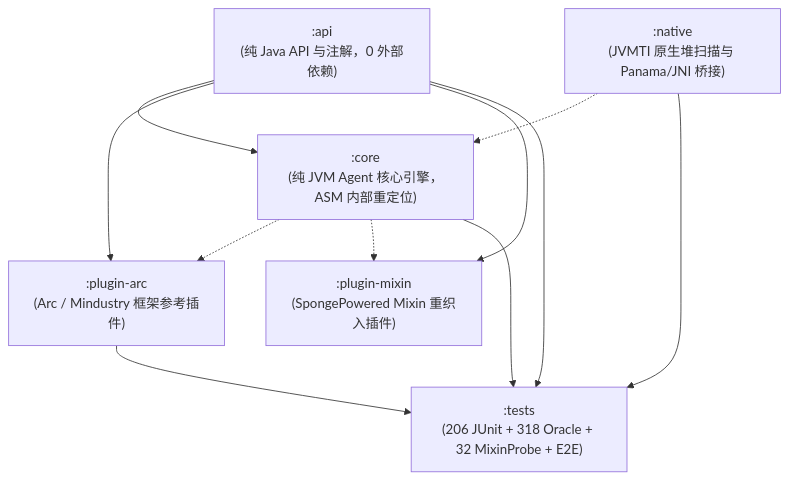
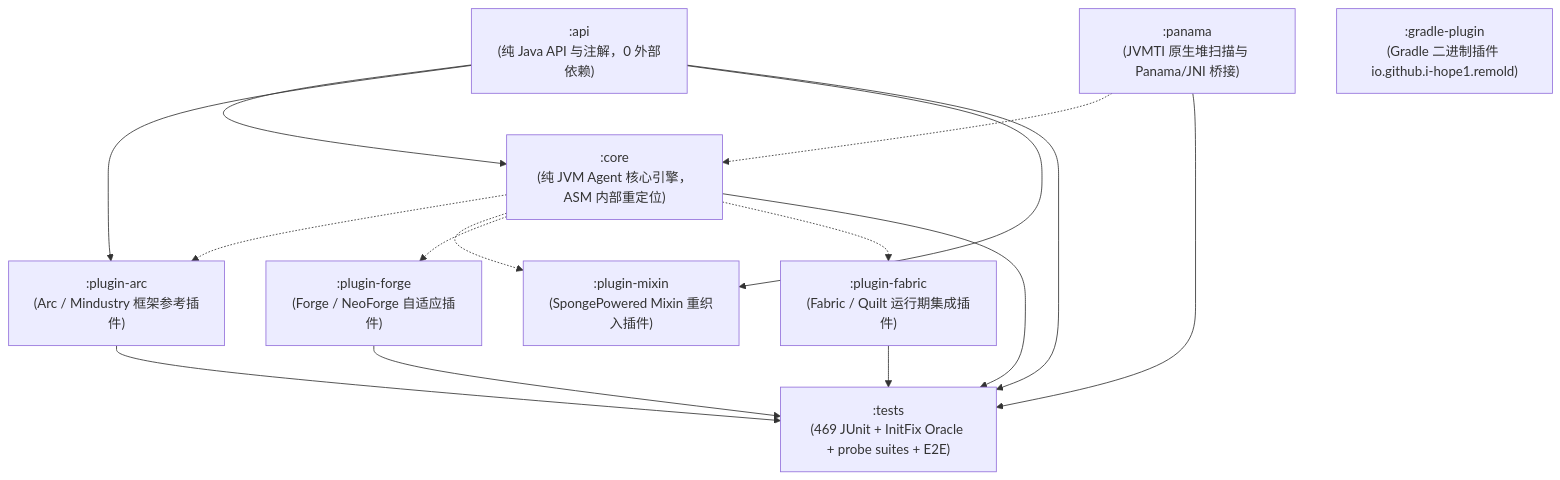
One commit to I-hope1/Remold changed the diagram in README.md. Above: the diagram before and after it, drawn with Mermaid. The commit also changed other lines of this file and 7 other files, not shown here.

````diff
--- a/README.md
+++ b/README.md
@@ -435,20 +435,27 @@
 ```mermaid
 flowchart TD
     API[":api<br/>(纯 Java API 与注解，0 外部依赖)"]
     CORE[":core<br/>(纯 JVM Agent 核心引擎，ASM 内部重定位)"]
-    NATIVE[":native<br/>(JVMTI 原生堆扫描与 Panama/JNI 桥接)"]
+    PANAMA[":panama<br/>(JVMTI 原生堆扫描与 Panama/JNI 桥接)"]
     PLUGIN_ARC[":plugin-arc<br/>(Arc / Mindustry 框架参考插件)"]
     PLUGIN_MIXIN[":plugin-mixin<br/>(SpongePowered Mixin 重织入插件)"]
-    TESTS[":tests<br/>(206 JUnit + 318 Oracle + 32 MixinProbe + E2E)"]
+    PLUGIN_FORGE[":plugin-forge<br/>(Forge / NeoForge 自适应插件)"]
+    PLUGIN_FABRIC[":plugin-fabric<br/>(Fabric / Quilt 运行期集成插件)"]
+    GRADLE_PLUGIN[":gradle-plugin<br/>(Gradle 二进制插件 io.github.i-hope1.remold)"]
+    TESTS[":tests<br/>(469 JUnit + InitFix Oracle + probe suites + E2E)"]
 
     API --> CORE
-    NATIVE -.-> CORE
+    PANAMA -.-> CORE
     API --> PLUGIN_ARC
     API --> PLUGIN_MIXIN
     CORE -.-> PLUGIN_ARC
     CORE -.-> PLUGIN_MIXIN
+    CORE -.-> PLUGIN_FORGE
+    CORE -.-> PLUGIN_FABRIC
     CORE --> TESTS
     API --> TESTS
-    NATIVE --> TESTS
+    PANAMA --> TESTS
     PLUGIN_ARC --> TESTS
+    PLUGIN_FORGE --> TESTS
+    PLUGIN_FABRIC --> TESTS
 ```
````
